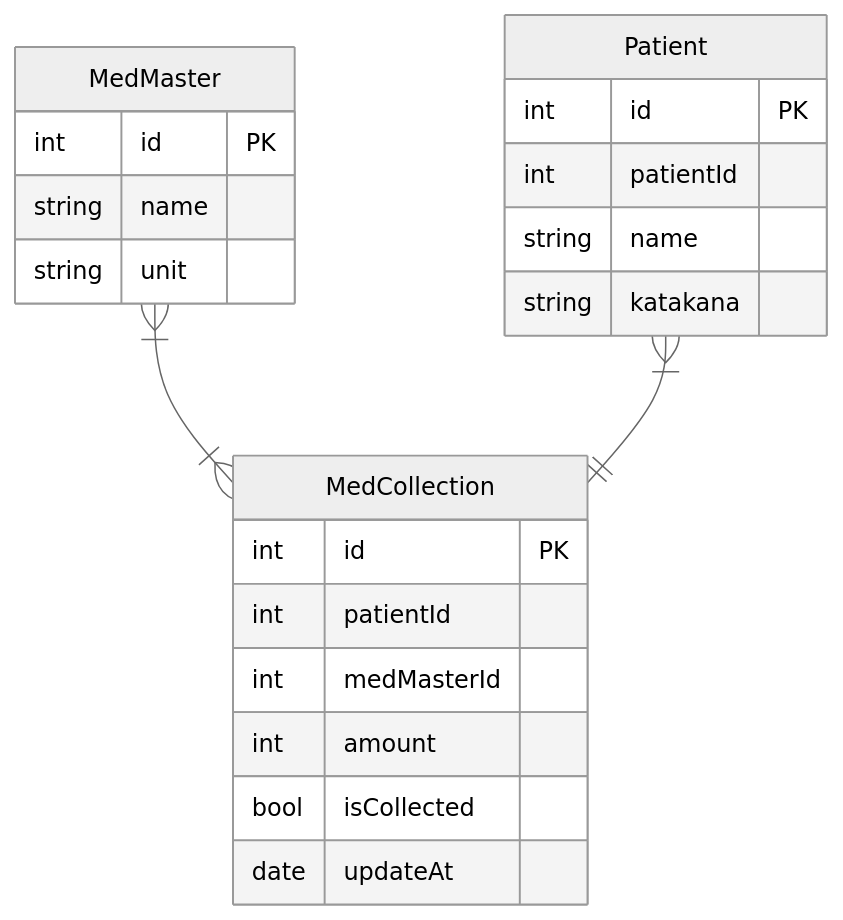
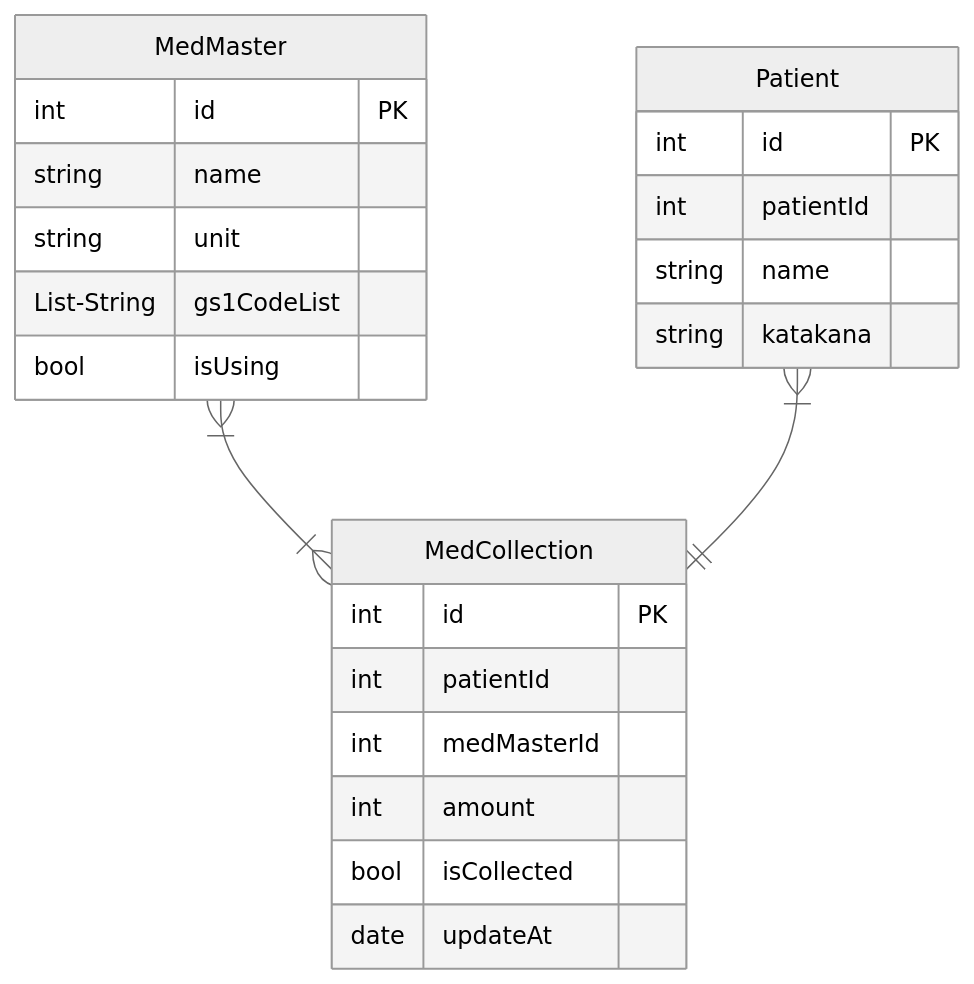
Before and after one commit to obutora/ODP_calc: the sixth of 6 diagrams in readme.md, drawn with Mermaid (neutral theme).

````diff
--- a/readme.md
+++ b/readme.md
@@ -82,29 +82,31 @@
 ```mermaid
 erDiagram
 
 MedMaster }|--|{ MedCollection : ""
 Patient }|--|| MedCollection : ""
 
     Patient {
         int id PK
         int patientId
         string name
         string katakana
     }
 
     MedCollection {
         int id PK
         int patientId
         int medMasterId
         int amount
         bool isCollected
         date updateAt
     }
 
     MedMaster {
         int id PK
         string name
         string unit
+        List-String gs1CodeList
+        bool isUsing
     }
 
 ```
````
